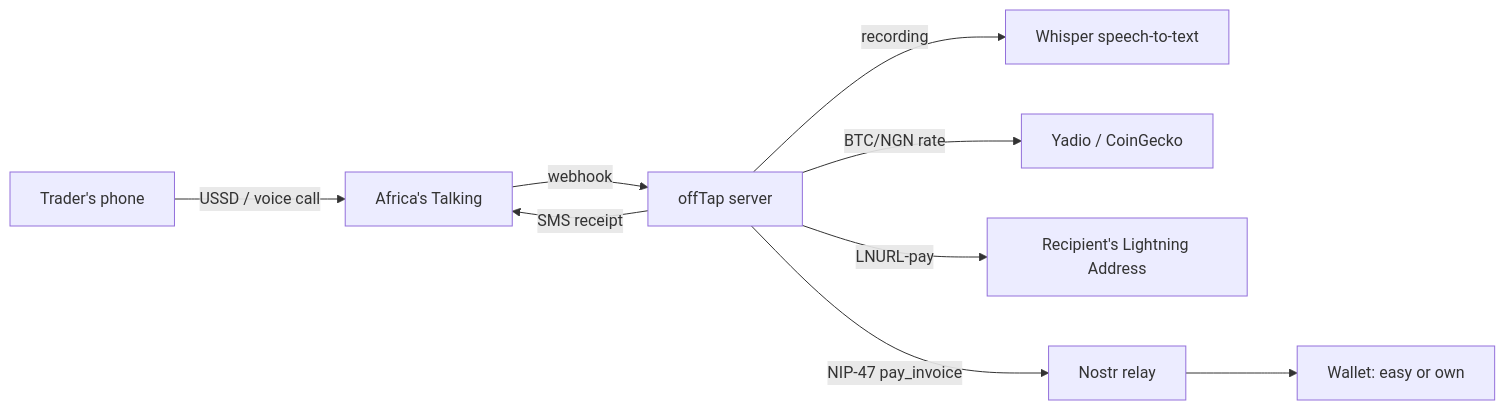
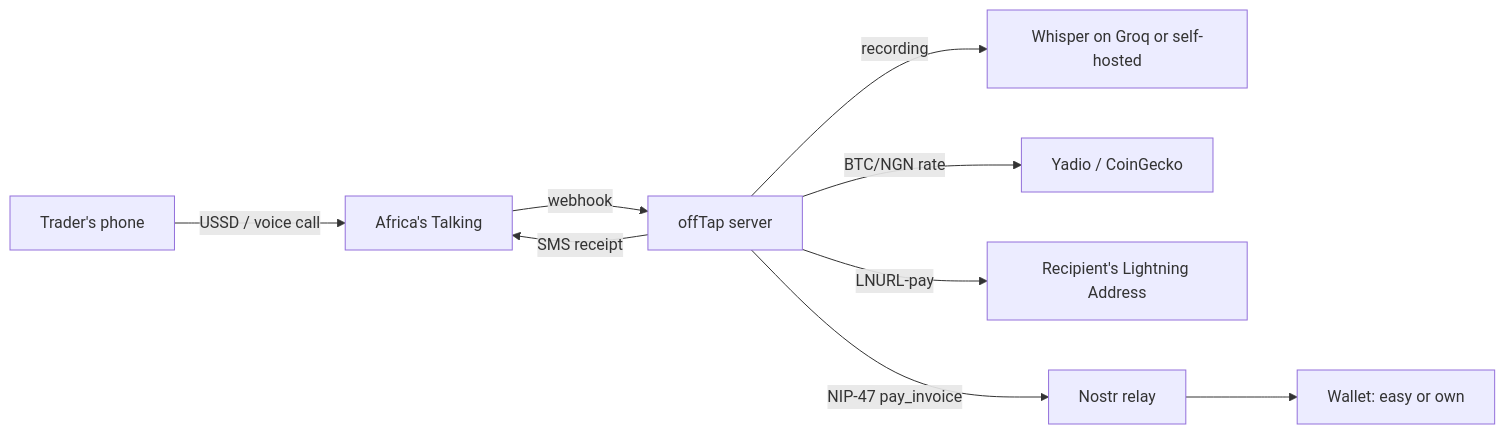
One commit to Alkamal01/offTap changed the diagram in README.md. Above: the diagram before and after it, drawn with Mermaid. The commit also changed other lines of this file and 2 other files, not shown here.

Commit message:
Document Groq and self-hosted speech options

````diff
--- a/README.md
+++ b/README.md
@@ -38,11 +38,11 @@
 ```mermaid
 flowchart LR
     phone[Trader's phone] -->|USSD / voice call| at[Africa's Talking]
     at -->|webhook| api[offTap server]
-    api -->|recording| stt[Whisper speech-to-text]
+    api -->|recording| stt[Whisper on Groq or self-hosted]
     api -->|BTC/NGN rate| oracle[Yadio / CoinGecko]
     api -->|LNURL-pay| recipient[Recipient's Lightning Address]
     api -->|NIP-47 pay_invoice| relay[Nostr relay]
     relay --> wallet[Wallet: easy or own]
     api -->|SMS receipt| at
 ```
````
